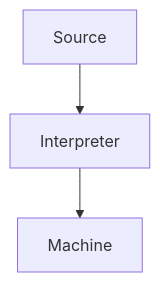
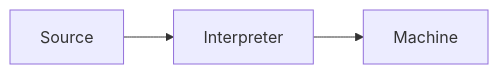
One commit to C4lopsitta/notes changed the second of 3 diagrams in IT/From Code to Execution.md. Above: the diagram before and after it, drawn with Mermaid. The commit also changed other lines of this file and 11 other files, not shown here.

````diff
--- a/IT/From Code to Execution.md
+++ b/IT/From Code to Execution.md
@@ -10,5 +10,5 @@
 ```mermaid
-flowchart TD
+flowchart LR
 Source --> Interpreter
 Interpreter --> Machine
 ```
````
